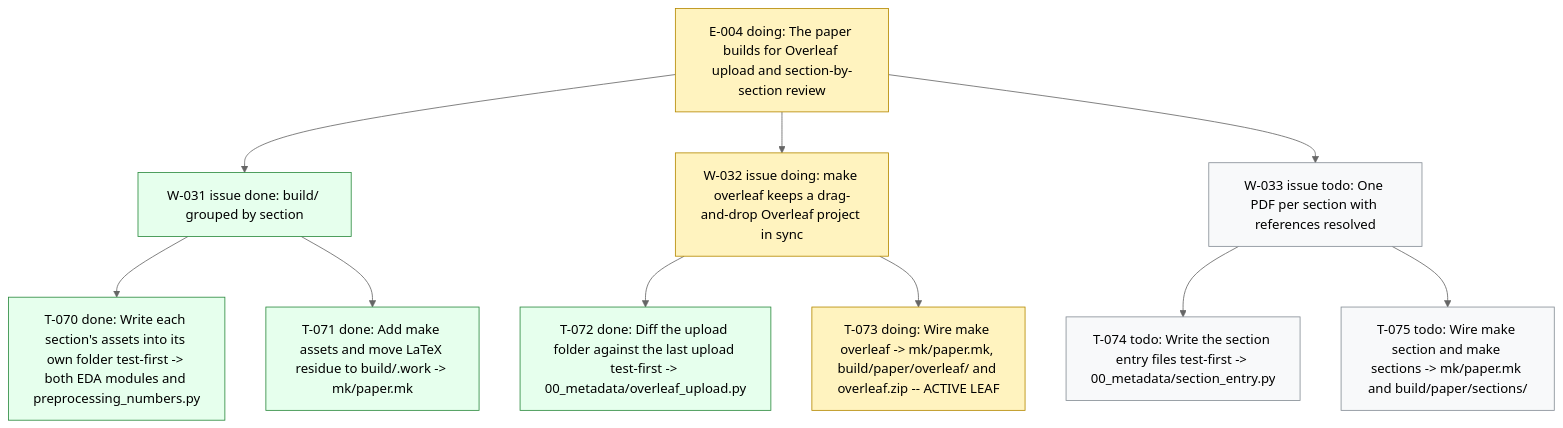
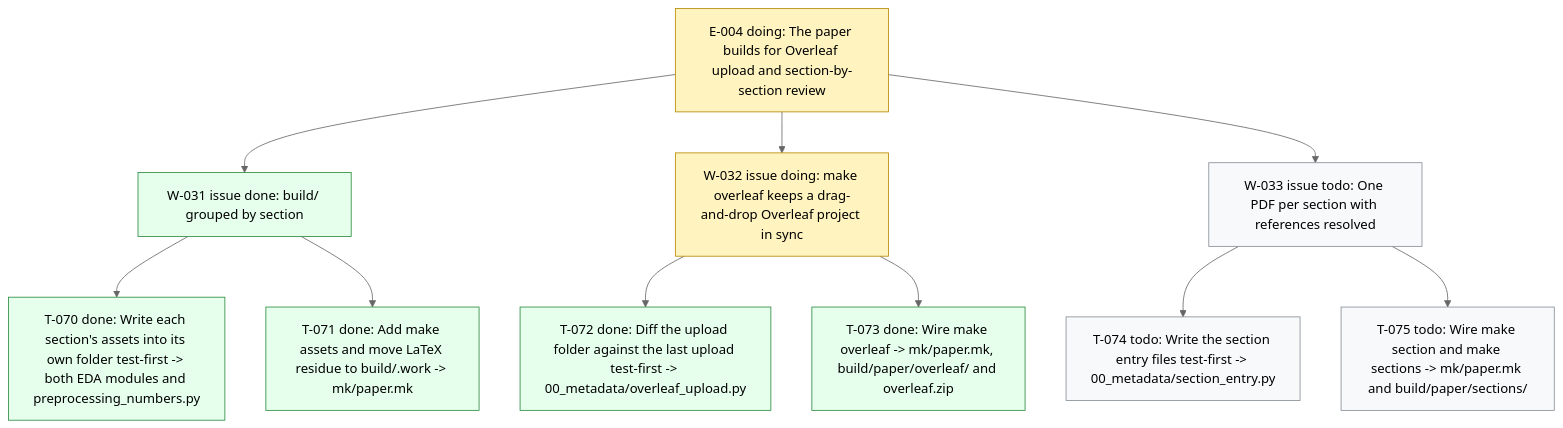
Before and after one commit to dpopchev/surrogate-models: the diagram in .board/BOARD.md, drawn with Mermaid (neutral theme). The commit also changed other lines of this file and 1 other file, not shown here.

Commit message:
chore: close T-073 on the board
Refs: W-032 T-073

````diff
--- a/.board/BOARD.md
+++ b/.board/BOARD.md
@@ -216,21 +216,21 @@
 ```mermaid
 flowchart TD
   E004["E-004 doing: The paper builds for Overleaf upload and section-by-section review"]
   E004 --> W031["W-031 issue done: build/ grouped by section"]
   W031 --> T070["T-070 done: Write each section's assets into its own folder test-first -> both EDA modules and preprocessing_numbers.py"]
   W031 --> T071["T-071 done: Add make assets and move LaTeX residue to build/.work -> mk/paper.mk"]
   E004 --> W032["W-032 issue doing: make overleaf keeps a drag-and-drop Overleaf project in sync"]
   W032 --> T072["T-072 done: Diff the upload folder against the last upload test-first -> 00_metadata/overleaf_upload.py"]
-  W032 --> T073["T-073 doing: Wire make overleaf -> mk/paper.mk, build/paper/overleaf/ and overleaf.zip -- ACTIVE LEAF"]
+  W032 --> T073["T-073 done: Wire make overleaf -> mk/paper.mk, build/paper/overleaf/ and overleaf.zip"]
   E004 --> W033["W-033 issue todo: One PDF per section with references resolved"]
   W033 --> T074["T-074 todo: Write the section entry files test-first -> 00_metadata/section_entry.py"]
   W033 --> T075["T-075 todo: Wire make section and make sections -> mk/paper.mk and build/paper/sections/"]
   classDef doing fill:#fff3bf,stroke:#b58900,color:#000;
   classDef blocked fill:#ffe3e3,stroke:#c92a2a,color:#000;
   classDef done fill:#e6ffed,stroke:#2b8a3e,color:#000;
   classDef todo fill:#f8f9fa,stroke:#868e96,color:#000;
   classDef pruned fill:#f1f3f5,stroke:#adb5bd,color:#000;
-  class E004,W032,T073 doing
-  class W031,T070,T071,T072 done
+  class E004,W032 doing
+  class W031,T070,T071,T072,T073 done
   class W033,T074,T075 todo
 ```
````
